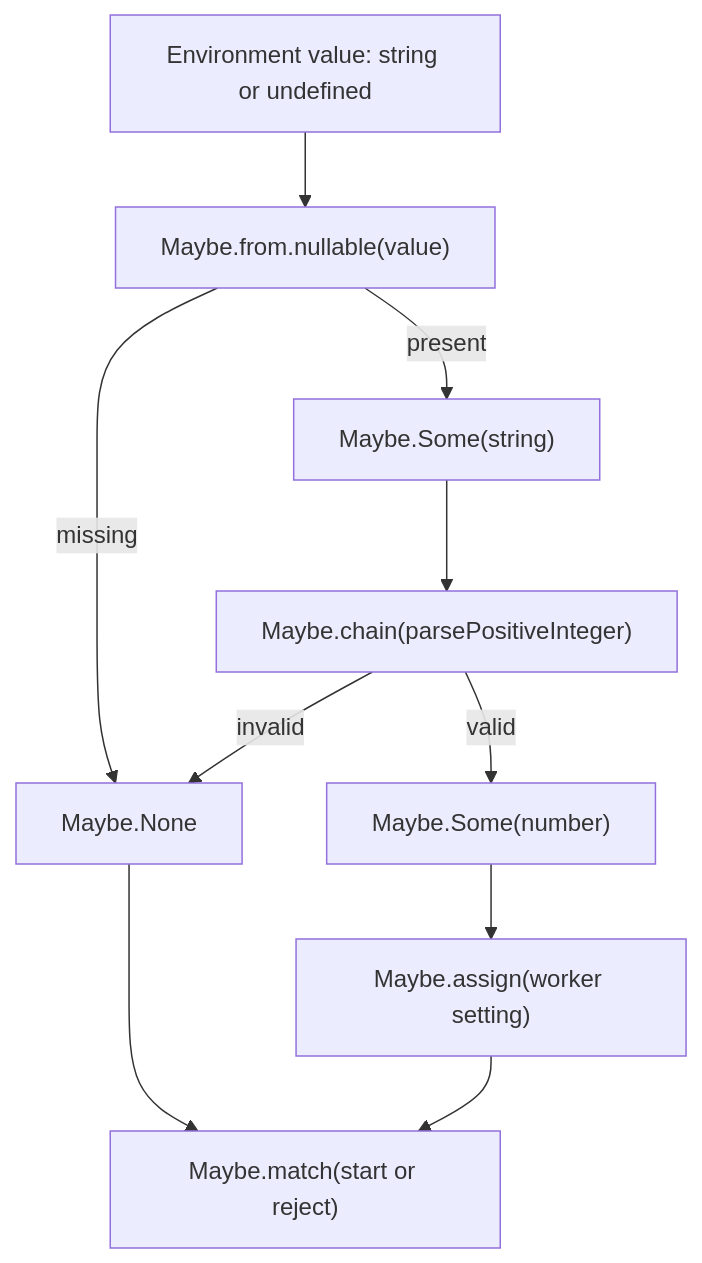
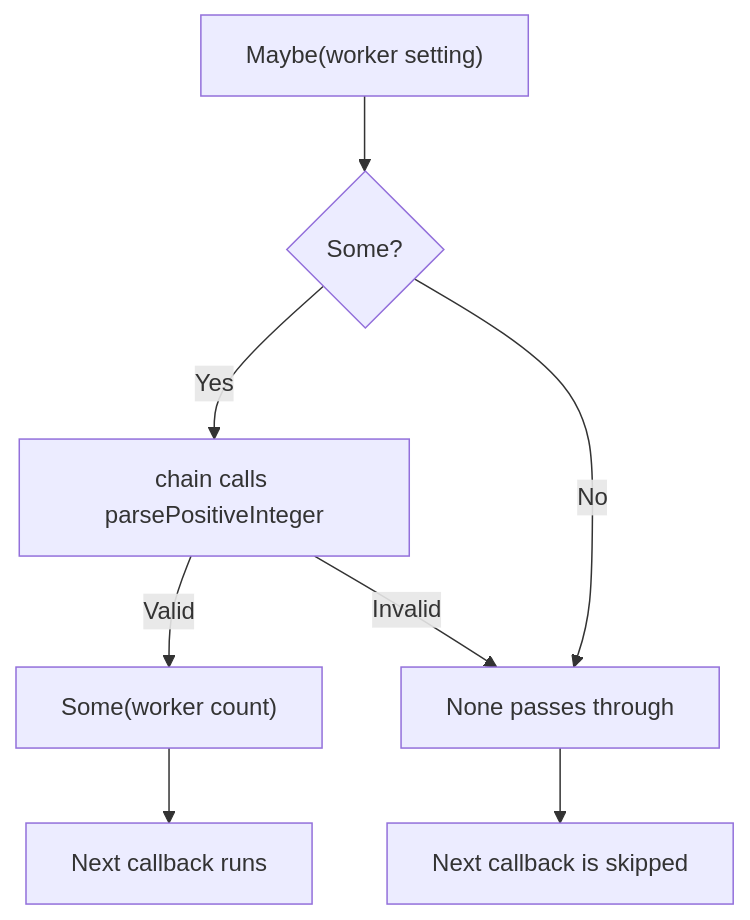
Before and after one commit to pplnd/core: the diagram in docs/src/content/docs/guides/maybe.md, drawn with Mermaid. The commit also changed other lines of this file and 39 other files, not shown here.

````diff
--- a/docs/src/content/docs/guides/maybe.md
+++ b/docs/src/content/docs/guides/maybe.md
@@ -29,12 +35,10 @@
 ```mermaid
 flowchart TD
-    Raw["Environment value: string or undefined"] --> Enter["Maybe.from.nullable(value)"]
-    Enter -->|"present"| Some["Maybe.Some(string)"]
-    Enter -->|"missing"| None["Maybe.None"]
-    Some --> Parse["Maybe.chain(parsePositiveInteger)"]
-    Parse -->|"valid"| Valid["Maybe.Some(number)"]
-    Parse -->|"invalid"| None
-    Valid --> Build["Maybe.assign(worker setting)"]
-    None --> Exit["Maybe.match(start or reject)"]
-    Build --> Exit
+  Input["Maybe(worker setting)"] --> Present{"Some?"}
+  Present -->|Yes| Parse["chain calls parsePositiveInteger"]
+  Present -->|No| Missing["None passes through"]
+  Parse -->|Valid| Some["Some(worker count)"]
+  Parse -->|Invalid| Missing
+  Some --> Next["Next callback runs"]
+  Missing --> Skip["Next callback is skipped"]
 ```
````
